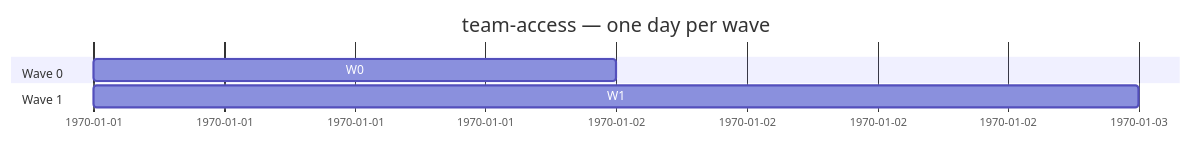
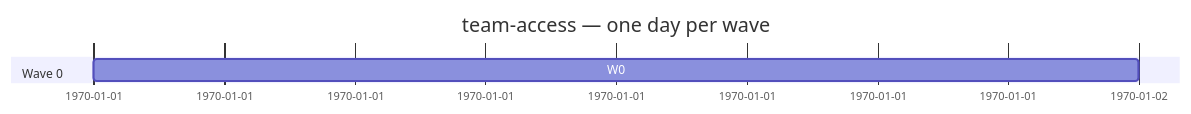
Before and after one commit to bugscoderlab/open-notebook: the second of 2 diagrams in docs/7-DEVELOPMENT/team-access/schedule.md, drawn with Mermaid. The commit also changed other lines of this file, not shown here.

````diff
--- a/docs/7-DEVELOPMENT/team-access/schedule.md
+++ b/docs/7-DEVELOPMENT/team-access/schedule.md
@@ -44,9 +41,7 @@
 ```mermaid
 gantt
   title team-access — one day per wave
   dateFormat X
   section Wave 0
   W0 :0, 86400
-  section Wave 1
-  W1 :86400, 172800
 ```
````
